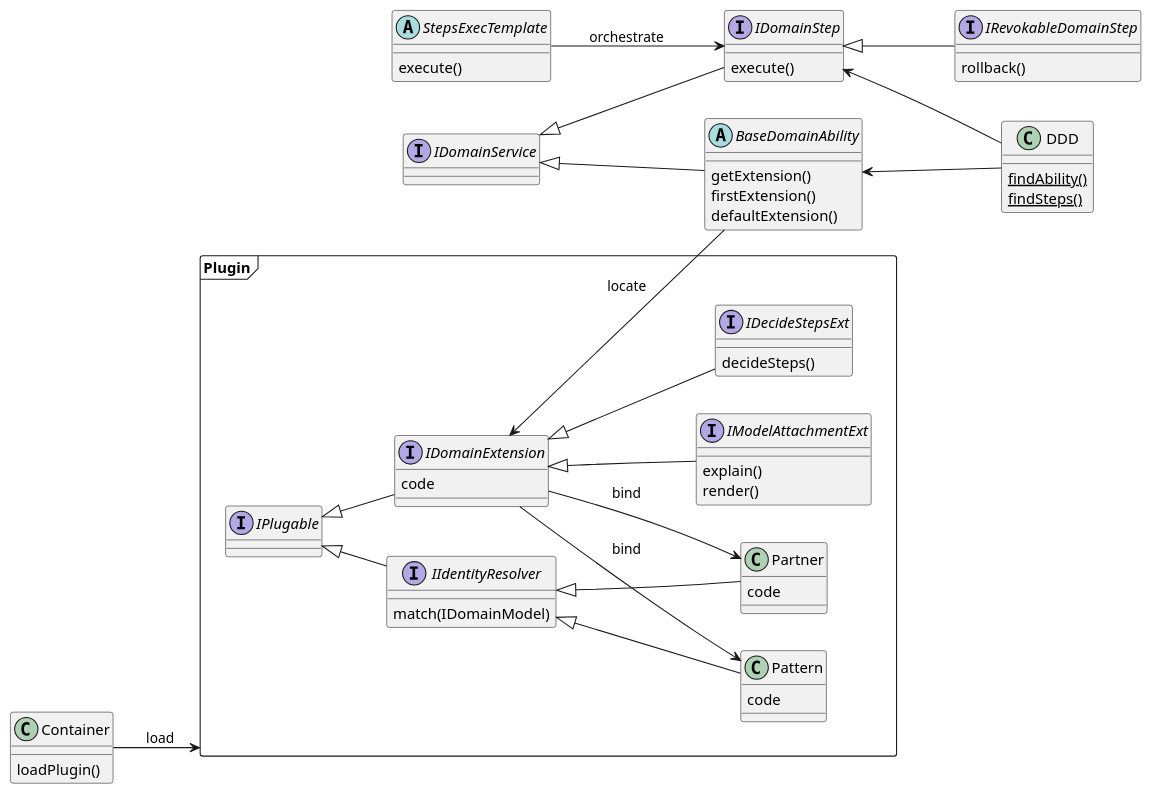
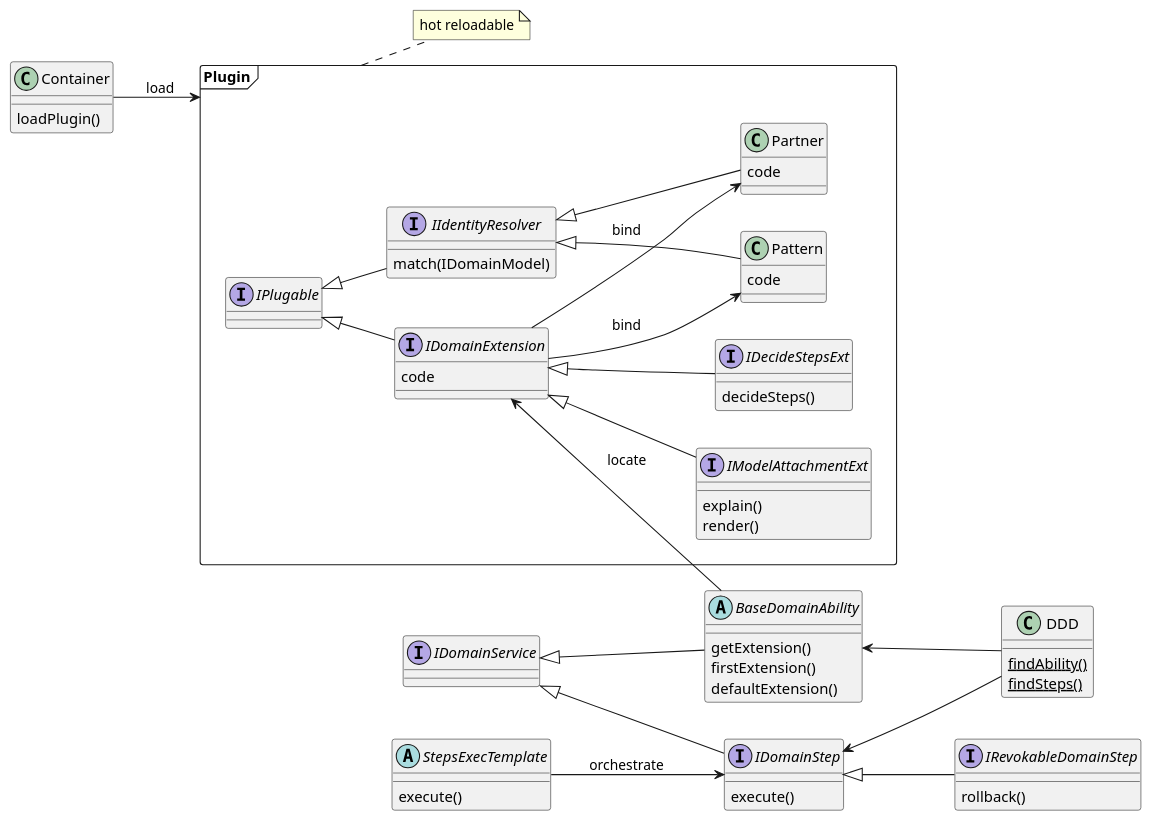
The diagram in doc/classes.puml (funkygao/cp-ddd-framework), drawn with PlantUML before and after one commit. The commit also changed 1 other file, not shown here.

Commit message:
tweak of the class diagram: Plugin hot reloadable

```diff
--- a/doc/classes.puml
+++ b/doc/classes.puml
@@ -1,63 +1,66 @@
 @startuml
 skinparam handwritten false
 skinparam shadowing<<with_shadow>> true
 left to right direction
 
 package Plugin <<Frame>> {
     interface IIdentityResolver
     interface IDomainExtension
     interface IPlugable
     interface IModelAttachmentExt
     interface IDecideStepsExt
     class Pattern
     class Partner
 }
+
+note "hot reloadable" as N1
+Plugin .. N1
 
 interface IDomainService
 interface IDomainStep
 IDomainStep : execute()
 interface IRevokableDomainStep
 IRevokableDomainStep : rollback()
 IPlugable <|-- IDomainExtension
 IPlugable <|-- IIdentityResolver
 IModelAttachmentExt : explain()
 IModelAttachmentExt : render()
 abstract StepsExecTemplate
 abstract BaseDomainAbility
 BaseDomainAbility : getExtension()
 BaseDomainAbility : firstExtension()
 BaseDomainAbility : defaultExtension()
 StepsExecTemplate : execute()
 DDD : {static} findAbility()
 DDD : {static} findSteps()
 IDecideStepsExt : decideSteps()
 IIdentityResolver : match(IDomainModel)
 
 IDomainService <|-- IDomainStep
 IDomainStep <|-- IRevokableDomainStep
 IDomainService <|-- BaseDomainAbility
 
 IDomainExtension <|-- IDecideStepsExt
 IDomainExtension <|-- IModelAttachmentExt
 
 IIdentityResolver <|-- Pattern
 IIdentityResolver <|-- Partner
 
 BaseDomainAbility <-- DDD
 IDomainStep <-- DDD
 
 IDomainExtension <-- BaseDomainAbility: locate
 
 IDomainExtension --> Pattern: bind
 IDomainExtension --> Partner: bind
 
 Container : loadPlugin()
 
 Container --> Plugin : load
 
 Partner : code
 Pattern : code
 IDomainExtension : code
 
 StepsExecTemplate --> IDomainStep: orchestrate
 @enduml
```
